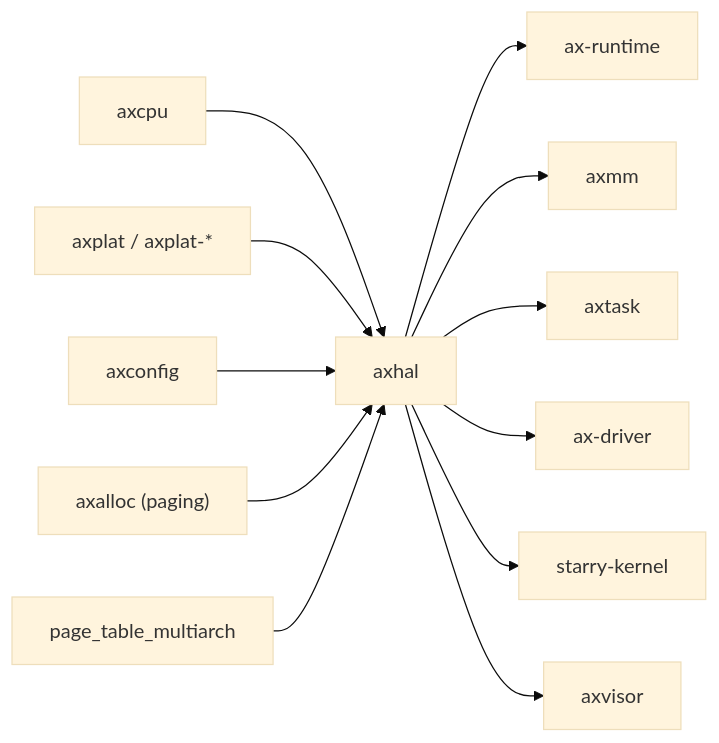
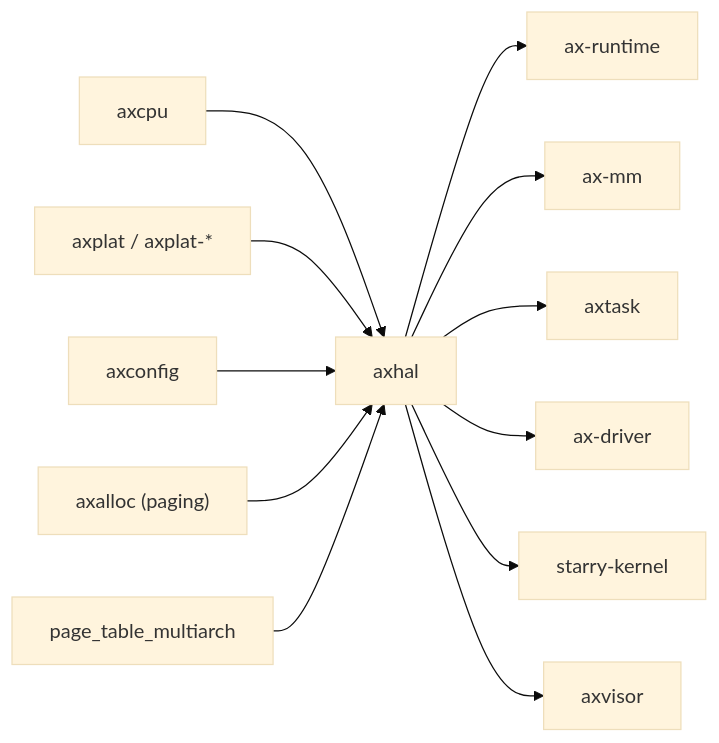
The second of 2 diagrams in docs/crates/axhal.md (zKurisu/tgoskits), drawn with Mermaid (base theme) before and after one commit. The commit also changed other lines of this file and 34 other files, not shown here.

````diff
--- a/docs/crates/axhal.md
+++ b/docs/crates/axhal.md
@@ -116,15 +116,15 @@
 ```mermaid
 graph LR
     axcpu["axcpu"] --> axhal["axhal"]
     axplat["axplat / axplat-*"] --> axhal
     axconfig["axconfig"] --> axhal
     axalloc["axalloc (paging)"] --> axhal
     page_table["page_table_multiarch"] --> axhal
 
     axhal --> ax-runtime["ax-runtime"]
-    axhal --> axmm["axmm"]
+    axhal --> ax-mm["ax-mm"]
     axhal --> axtask["axtask"]
     axhal --> ax-driver["ax-driver"]
     axhal --> starry["starry-kernel"]
     axhal --> axvisor["axvisor"]
 ```
````
